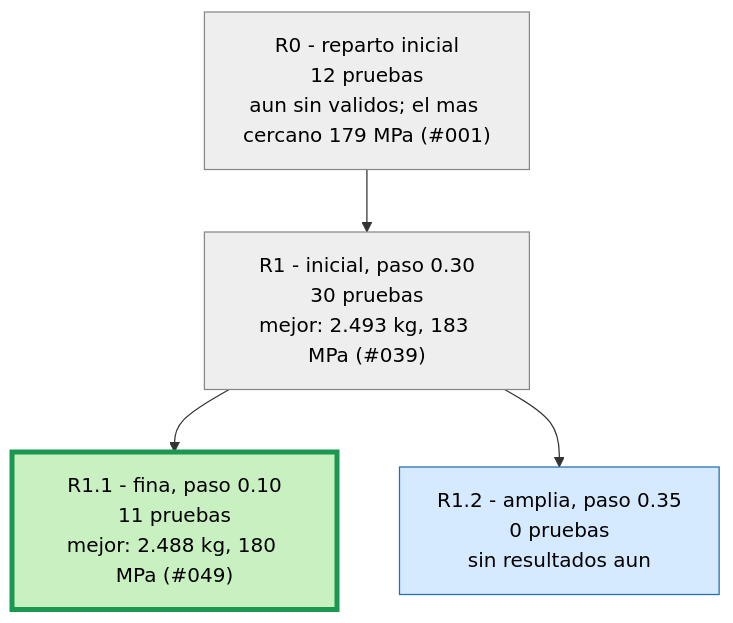
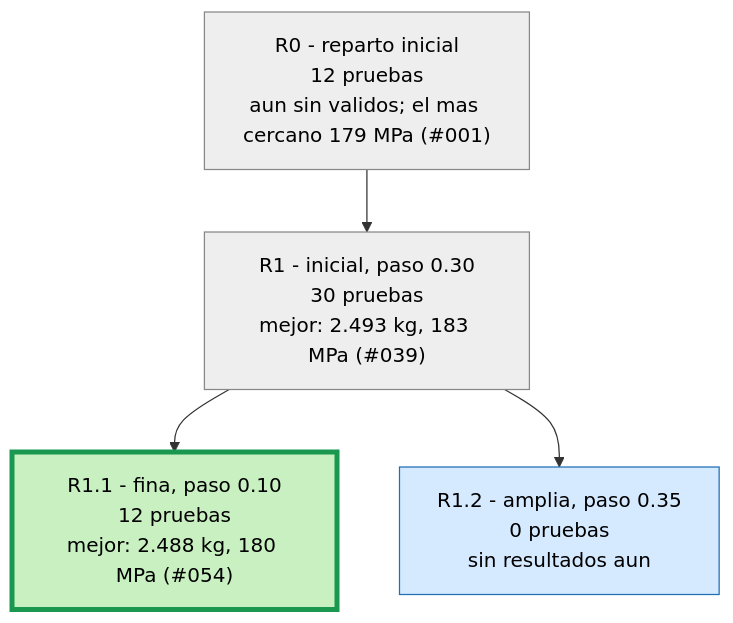
The second of 3 diagrams in runs/opt_37800N/ARBOL.md (Hugiko/msd-soporte-optimizacion), drawn with Mermaid before and after one commit. The commit also changed 43 other files, not shown here.

Commit message:
NUEVO MEJOR DISENO: 2.488 kg, 180 MPa (Refuerzo + vaciado 054)

````diff
--- a/runs/opt_37800N/ARBOL.md
+++ b/runs/opt_37800N/ARBOL.md
@@ -21,13 +21,13 @@
 ```mermaid
 graph TD
 classDef activa fill:#d6eaff,stroke:#1f6fb5,color:#000
 classDef fin fill:#eeeeee,stroke:#888,color:#000
 classDef mejor fill:#c8f0c0,stroke:#1a9850,stroke-width:4px,color:#000
 R0["R0 - reparto inicial<br/>12 pruebas<br/>aun sin validos; el mas cercano 179 MPa (#001)"]:::fin
 R1["R1 - inicial, paso 0.30<br/>30 pruebas<br/>mejor: 2.493 kg, 183 MPa (#039)"]:::fin
 R0 --> R1
-R1_1["R1.1 - fina, paso 0.10<br/>11 pruebas<br/>mejor: 2.488 kg, 180 MPa (#049)"]:::mejor
+R1_1["R1.1 - fina, paso 0.10<br/>12 pruebas<br/>mejor: 2.488 kg, 180 MPa (#054)"]:::mejor
 R1 --> R1_1
 R1_2["R1.2 - amplia, paso 0.35<br/>0 pruebas<br/>sin resultados aun"]:::activa
 R1 --> R1_2
 ```
````
